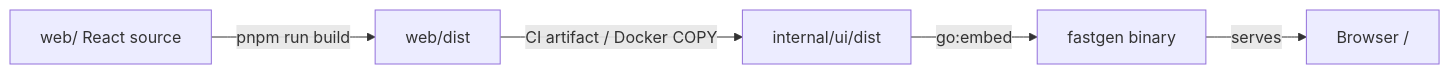
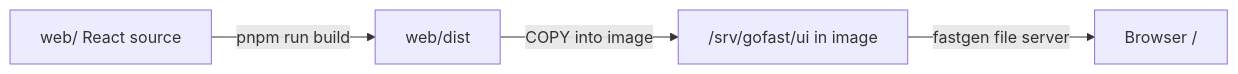
One commit to aurum-alpha/gofast changed the second of 2 diagrams in docs/ARCHITECTURE.md. Above: the diagram before and after it, drawn with Mermaid. The commit also changed other lines of this file and 17 other files, not shown here.

````diff
--- a/docs/ARCHITECTURE.md
+++ b/docs/ARCHITECTURE.md
@@ -71,7 +71,6 @@
 ```mermaid
 flowchart LR
   webSrc["web/ React source"] -->|pnpm run build| built["web/dist"]
-  built -->|CI artifact / Docker COPY| dist["internal/ui/dist"]
-  dist -->|go:embed| fastgenBin["fastgen binary"]
-  fastgenBin -->|serves| browser["Browser /"]
+  built -->|COPY into image| imgDir["/srv/gofast/ui in image"]
+  imgDir -->|fastgen file server| browser["Browser /"]
 ```
````
